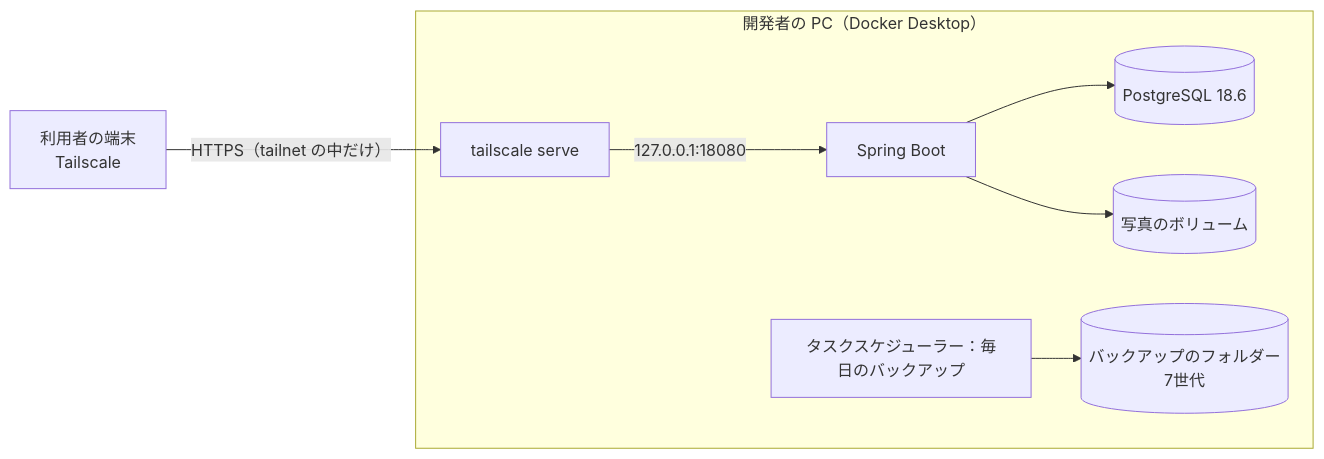
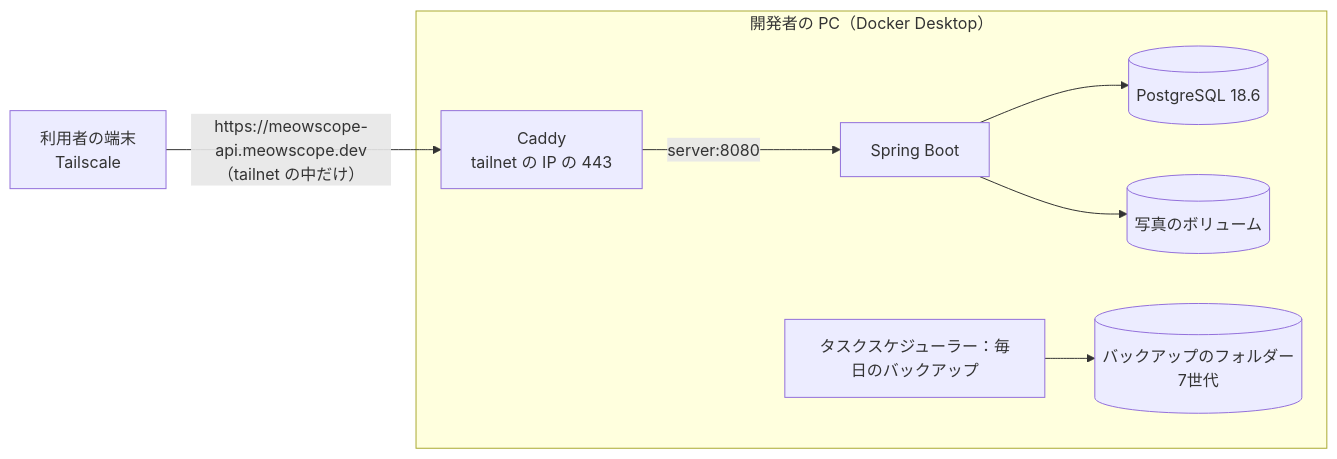
One commit to major182/MeowScope changed the second of 5 diagrams in docs/09_deployment.md. Above: the diagram before and after it, drawn with Mermaid. The commit also changed other lines of this file and 1 other file, not shown here.

````diff
--- a/docs/09_deployment.md
+++ b/docs/09_deployment.md
@@ -80,10 +80,10 @@
 ```mermaid
 flowchart LR
-  phone["利用者の端末<br>Tailscale"] -- "HTTPS（tailnet の中だけ）" --> ts
+  phone["利用者の端末<br>Tailscale"] -- "https://meowscope-api.meowscope.dev<br>（tailnet の中だけ）" --> caddy
   subgraph pc ["開発者の PC（Docker Desktop）"]
-    ts["tailscale serve"] -- "127.0.0.1:18080" --> server["Spring Boot"]
+    caddy["Caddy<br>tailnet の IP の 443"] -- "server:8080" --> server["Spring Boot"]
     server --> db[("PostgreSQL 18.6")]
     server --> photos[("写真のボリューム")]
     task["タスクスケジューラー：毎日のバックアップ"] --> backup[("バックアップのフォルダー<br>7世代")]
   end
 ```
````
